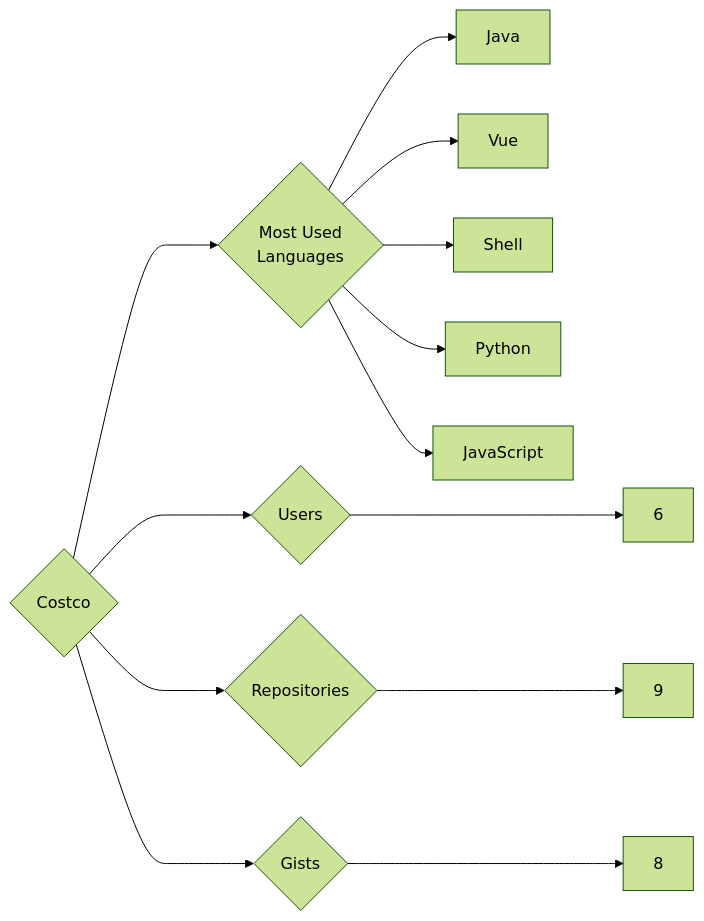
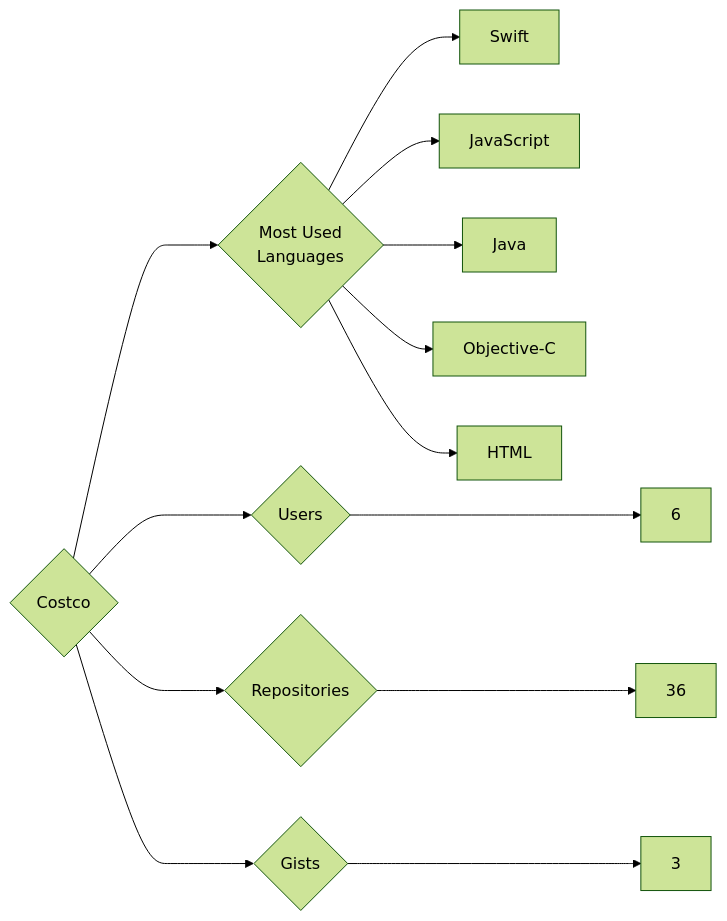
The diagram in targets/Costco/README.md (trickest/insiders), drawn with Mermaid (forest theme) before and after one commit. The commit also changed 1166 other files, not shown here.

````diff
--- a/targets/Costco/README.md
+++ b/targets/Costco/README.md
@@ -3,13 +3,13 @@
 ```mermaid
 graph LR
 COMPANY_NAME{Costco}
 COMPANY_NAME ---> U{Users} ---> UN[6]
-COMPANY_NAME ---> R{Repositories} ---> RN[9]
-COMPANY_NAME ---> G{Gists} ---> GN[8]
+COMPANY_NAME ---> R{Repositories} ---> RN[36]
+COMPANY_NAME ---> G{Gists} ---> GN[3]
 COMPANY_NAME ---> ML{Most Used<br>Languages}
+ML --> Swift[Swift]
+ML --> JavaScript[JavaScript]
 ML --> Java[Java]
-ML --> Vue[Vue]
-ML --> Shell[Shell]
-ML --> Python[Python]
-ML --> JavaScript[JavaScript]
+ML --> Objective-C[Objective-C]
+ML --> HTML[HTML]
 ```
````
